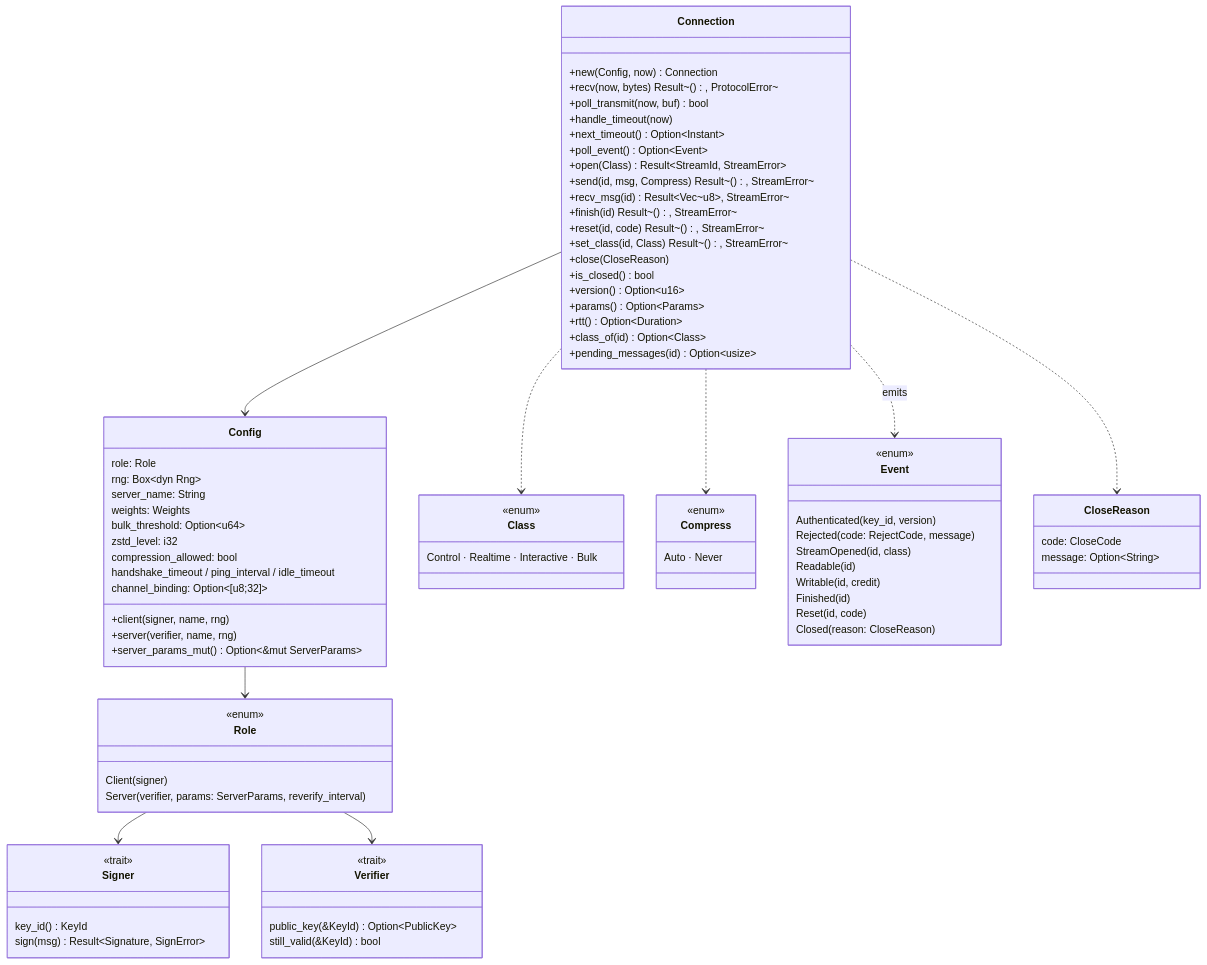
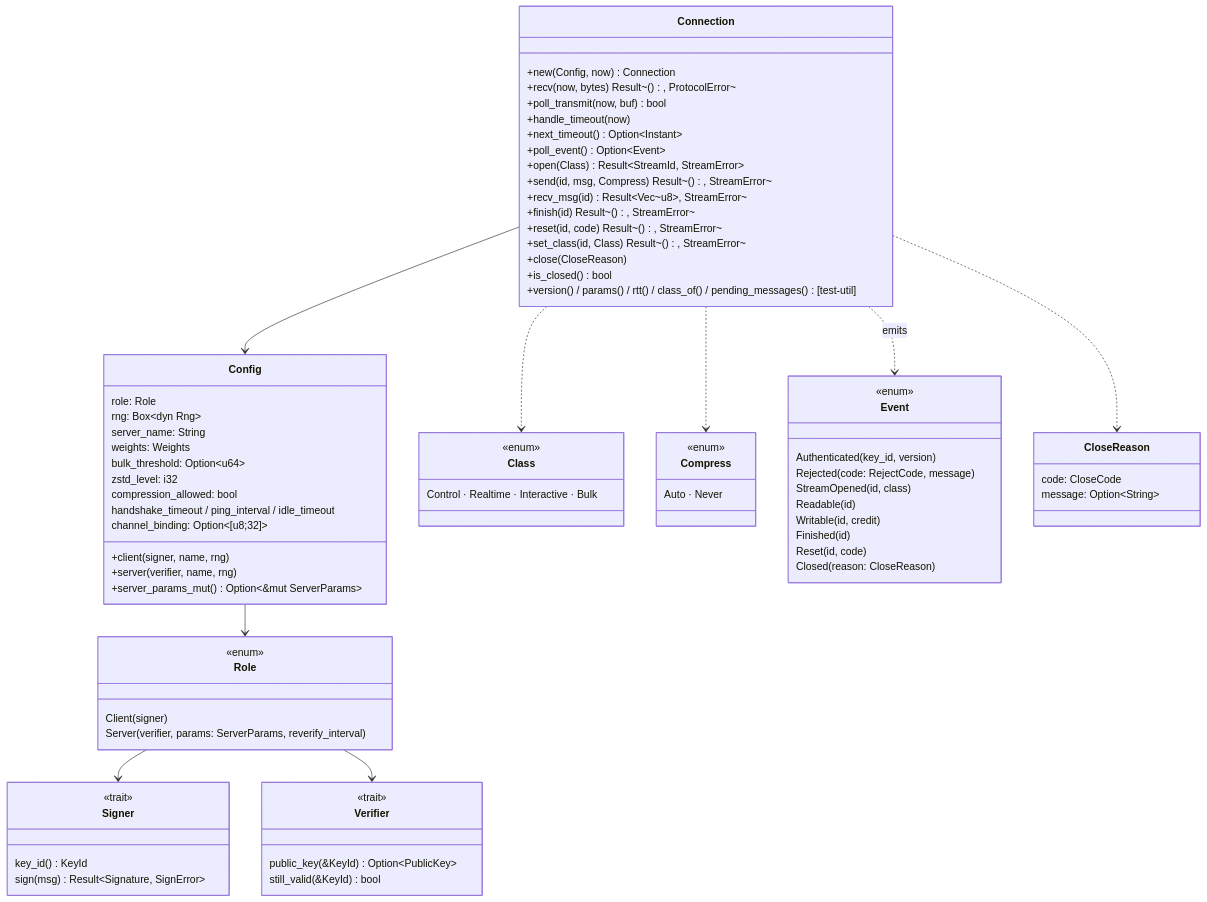
The second of 13 diagrams in docs/architecture.md (OffworldNexus/tunnel-weaver), drawn with Mermaid before and after one commit. The commit also changed other lines of this file and 23 other files, not shown here.

```diff
--- a/docs/architecture.md
+++ b/docs/architecture.md
@@ -65,11 +65,7 @@
         +set_class(id, Class) Result~(), StreamError~
         +close(CloseReason)
         +is_closed() bool
-        +version() Option~u16~
-        +params() Option~Params~
-        +rtt() Option~Duration~
-        +class_of(id) Option~Class~
-        +pending_messages(id) Option~usize~
+        +version() / params() / rtt() / class_of() / pending_messages() [test-util]
     }
     class Config {
         role: Role
```
